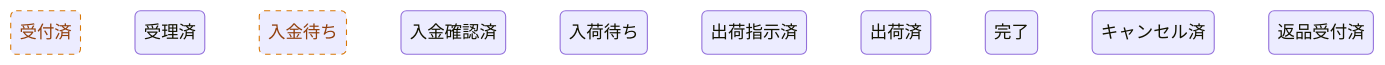
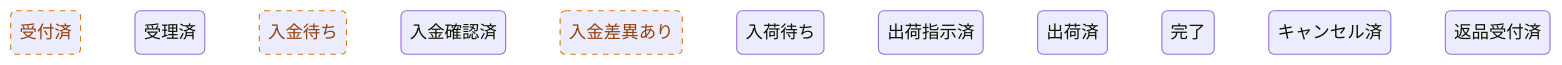
Diagram 21 of 25 in docs/rdra/diagrams.md (Nke0628/rdra-webapp), drawn with Mermaid before and after one commit. The commit also changed other lines of this file and 5 other files, not shown here.

````diff
--- a/docs/rdra/diagrams.md
+++ b/docs/rdra/diagrams.md
@@ -449,15 +449,16 @@
 ```mermaid
 stateDiagram-v2
   state "受付済" as s1
   state "受理済" as s2
   state "入金待ち" as s3
   state "入金確認済" as s4
-  state "入荷待ち" as s5
-  state "出荷指示済" as s6
-  state "出荷済" as s7
-  state "完了" as s8
-  state "キャンセル済" as s9
-  state "返品受付済" as s10
+  state "入金差異あり" as s5
+  state "入荷待ち" as s6
+  state "出荷指示済" as s7
+  state "出荷済" as s8
+  state "完了" as s9
+  state "キャンセル済" as s10
+  state "返品受付済" as s11
   classDef hyp stroke-dasharray:5 5,stroke:#d97706,color:#92400e
-  class s1,s3 hyp
+  class s1,s3,s5 hyp
 ```
````
